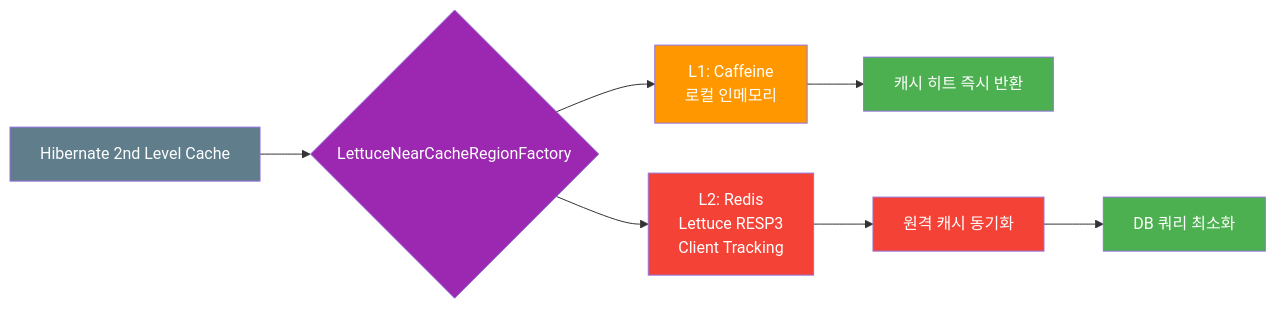
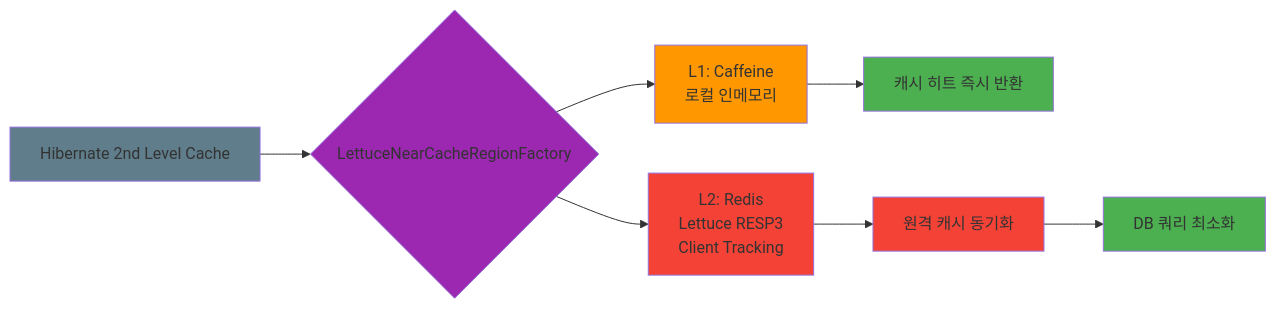
One commit to bluetape4k/bluetape4k-projects changed the first of 3 diagrams in data/hibernate-cache-lettuce/README.md. Above: the diagram before and after it, drawn with Mermaid. The commit also changed 74 other files, not shown here.

First line of the commit message:
docs: bluetape4k/core/coroutines/logging, io/feign~vertx README 색상 Mermaid UML 추가

````diff
--- a/data/hibernate-cache-lettuce/README.md
+++ b/data/hibernate-cache-lettuce/README.md
@@ -13,17 +13,17 @@
 ```mermaid
 flowchart LR
     A[Hibernate 2nd Level Cache] --> B{LettuceNearCacheRegionFactory}
     B --> C[L1: Caffeine\n로컬 인메모리]
     B --> D[L2: Redis\nLettuce RESP3\nClient Tracking]
     C --> E[캐시 히트 즉시 반환]
     D --> F[원격 캐시 동기화]
     F --> G[DB 쿼리 최소화]
 
-    style A fill:#607D8B,color:#fff
-    style B fill:#9C27B0,color:#fff
-    style C fill:#FF9800,color:#fff
-    style D fill:#F44336,color:#fff
-    style E fill:#4CAF50,color:#fff
-    style F fill:#F44336,color:#fff
-    style G fill:#4CAF50,color:#fff
+    style A fill:#607D8B
+    style B fill:#9C27B0
+    style C fill:#FF9800
+    style D fill:#F44336
+    style E fill:#4CAF50
+    style F fill:#F44336
+    style G fill:#4CAF50
 ```
````
